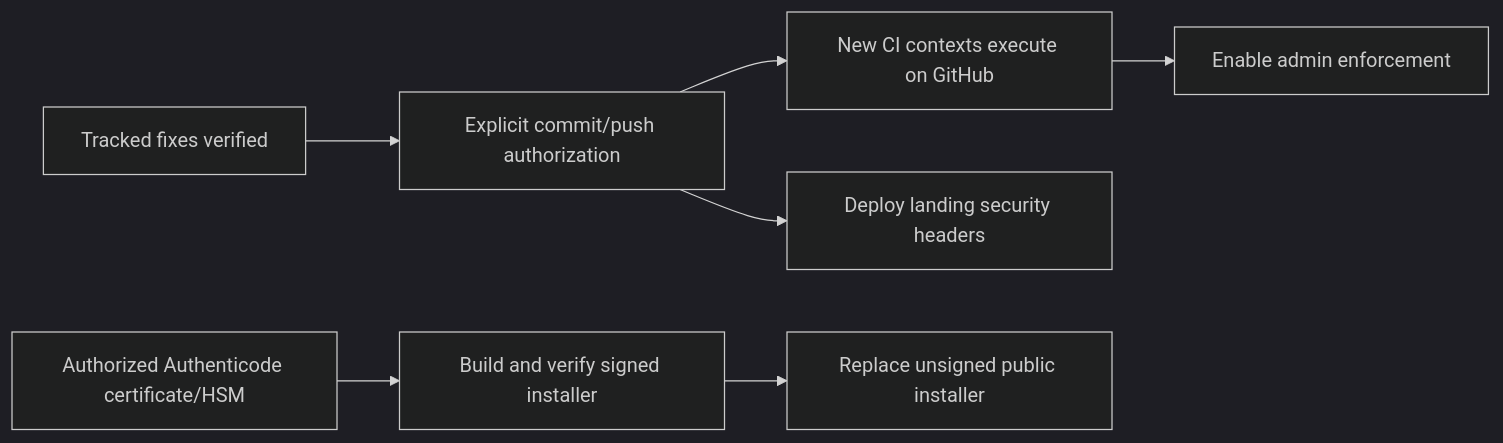
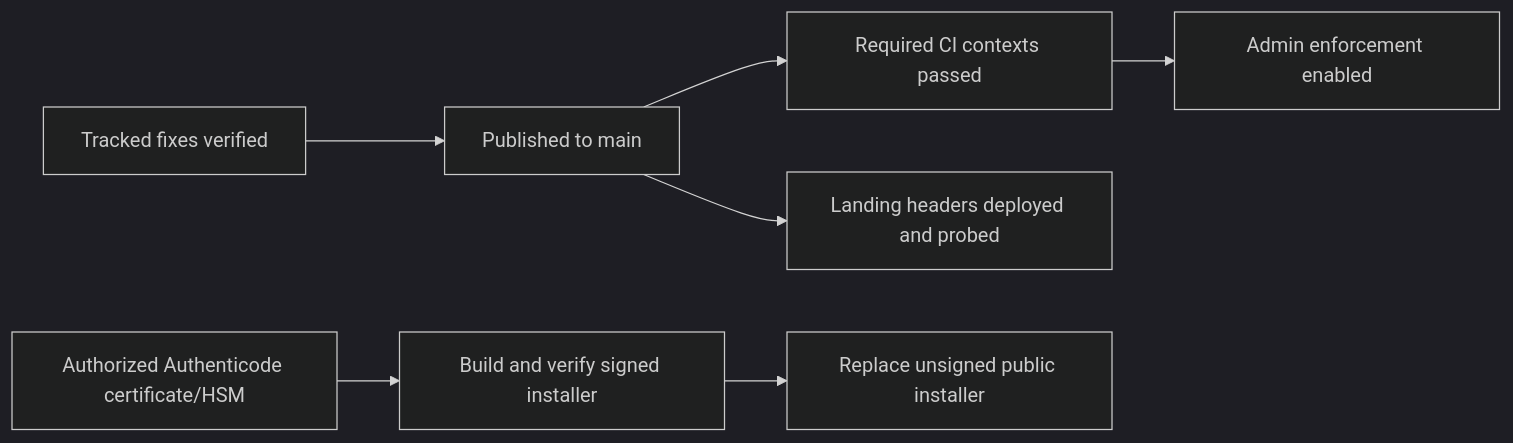
The second of 2 diagrams in SECURITY_REMEDIATION_WORKFLOW.md (rechedev9/fragforge), drawn with Mermaid (dark theme) before and after one commit. The commit also changed other lines of this file and 2 other files, not shown here.

Commit message:
Record security remediation rollout

````diff
--- a/SECURITY_REMEDIATION_WORKFLOW.md
+++ b/SECURITY_REMEDIATION_WORKFLOW.md
@@ -119,9 +121,9 @@
 ```mermaid
 flowchart LR
-    C[Tracked fixes verified] --> P[Explicit commit/push authorization]
-    P --> W[New CI contexts execute on GitHub]
-    W --> A[Enable admin enforcement]
-    P --> L[Deploy landing security headers]
+    C[Tracked fixes verified] --> P[Published to main]
+    P --> W[Required CI contexts passed]
+    W --> A[Admin enforcement enabled]
+    P --> L[Landing headers deployed and probed]
     S[Authorized Authenticode certificate/HSM] --> I[Build and verify signed installer]
     I --> R[Replace unsigned public installer]
 ```
````
